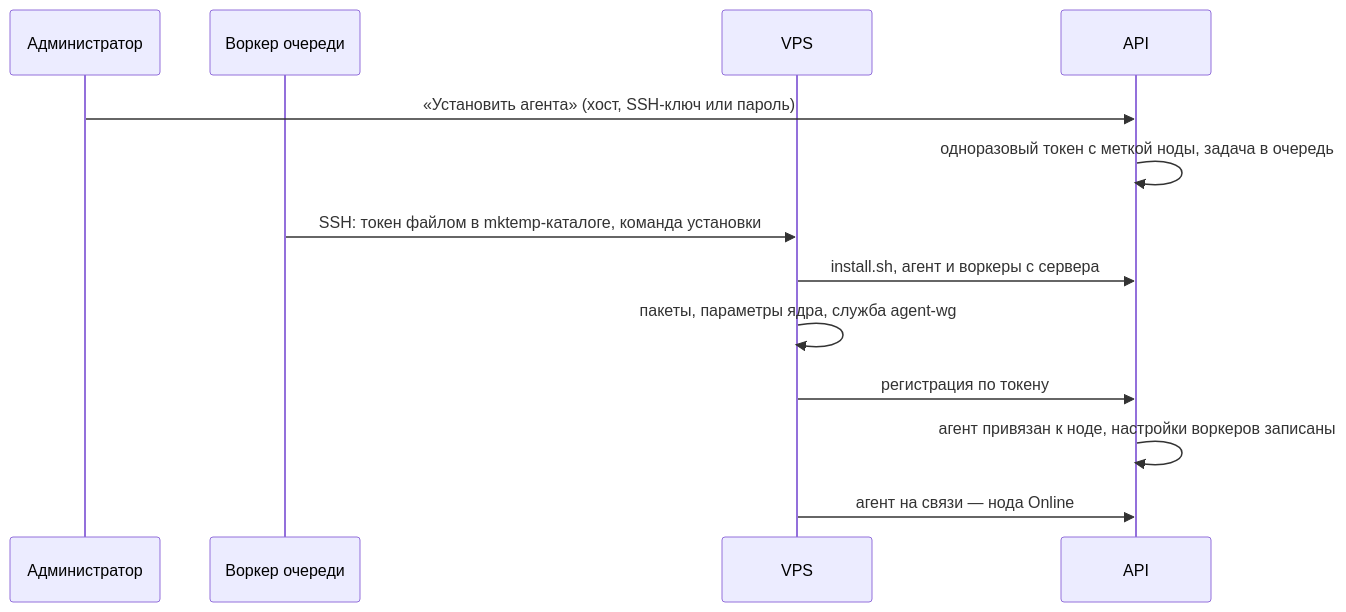
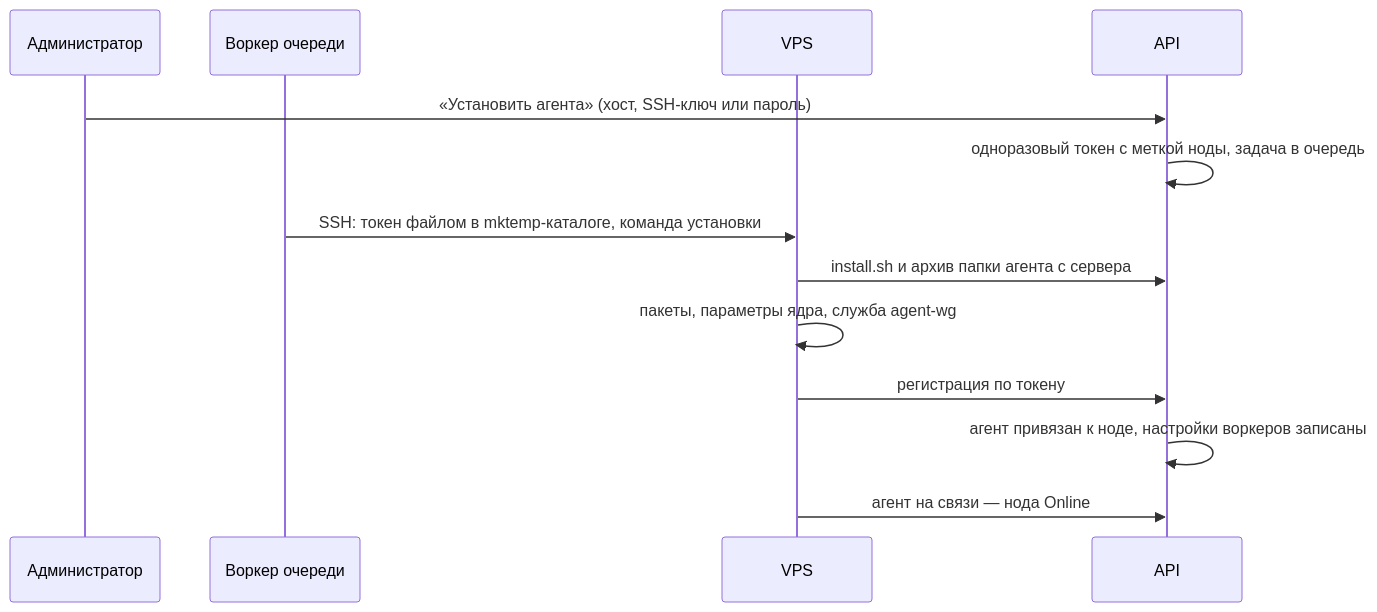
One commit to epifanovmd/wg-admin-api changed the fifth of 9 diagrams in docs/WIREGUARD.md. Above: the diagram before and after it, drawn with Mermaid. The commit also changed other lines of this file and 56 other files, not shown here.

````diff
--- a/docs/WIREGUARD.md
+++ b/docs/WIREGUARD.md
@@ -253,16 +251,16 @@
 ```mermaid
 sequenceDiagram
   participant Admin as Администратор
   participant Worker as Воркер очереди
   participant VPS
   participant API
 
   Admin->>API: «Установить агента» (хост, SSH-ключ или пароль)
   API->>API: одноразовый токен с меткой ноды, задача в очередь
   Worker->>VPS: SSH: токен файлом в mktemp-каталоге, команда установки
-  VPS->>API: install.sh, агент и воркеры с сервера
+  VPS->>API: install.sh и архив папки агента с сервера
   VPS->>VPS: пакеты, параметры ядра, служба agent-wg
   VPS->>API: регистрация по токену
   API->>API: агент привязан к ноде, настройки воркеров записаны
   VPS->>API: агент на связи — нода Online
 ```
````
